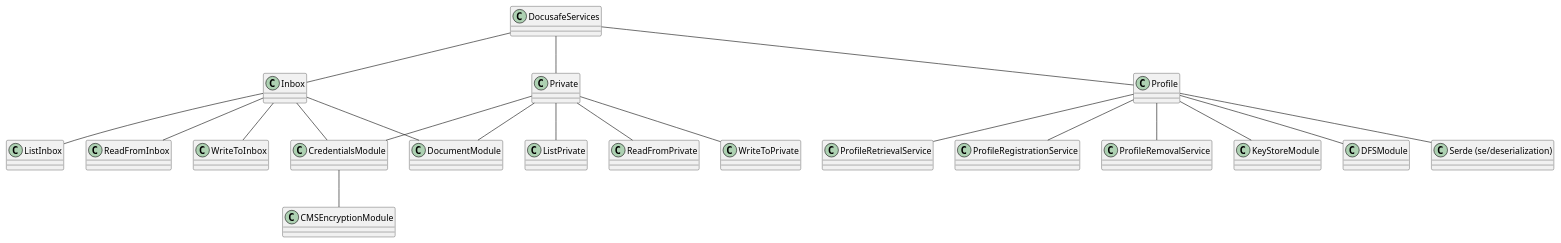
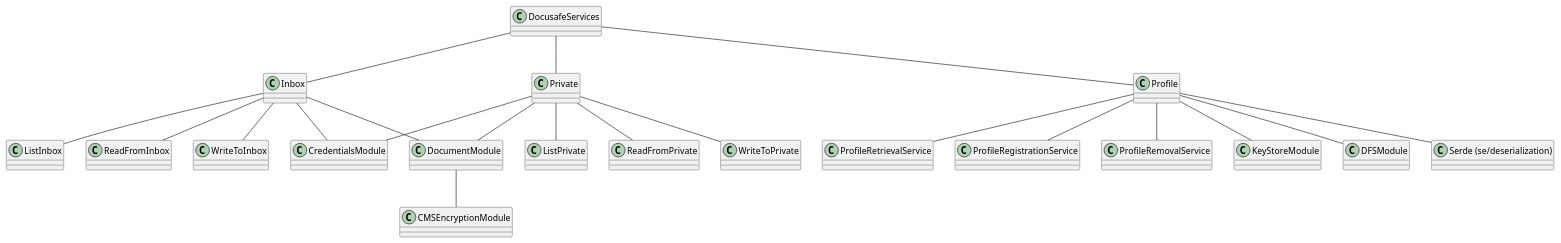
The diagram in docs/modular/modules2.puml (adorsys/datasafe), drawn with PlantUML before and after one commit. The commit also changed 3 other files, not shown here.

```diff
--- a/docs/modular/modules2.puml
+++ b/docs/modular/modules2.puml
@@ -1,33 +1,33 @@
 @startuml
 
 class DocusafeServices
 
 DocusafeServices -- Inbox
 DocusafeServices -- Private
 DocusafeServices -- Profile
 
 Inbox -- ListInbox
 Inbox -- ReadFromInbox
 Inbox -- WriteToInbox
 
 Private -- ListPrivate
 Private -- ReadFromPrivate
 Private -- WriteToPrivate
 
 Profile -- ProfileRetrievalService
 Profile -- ProfileRegistrationService
 Profile -- ProfileRemovalService
 
 Profile -- KeyStoreModule
 Profile -- DFSModule
 Profile -- "Serde (se/deserialization)"
 
 Inbox -- CredentialsModule
 Private -- CredentialsModule
 
-CredentialsModule -- CMSEncryptionModule
-
 Private -- DocumentModule
 Inbox -- DocumentModule
 
+DocumentModule -- CMSEncryptionModule
+
 @enduml
```
